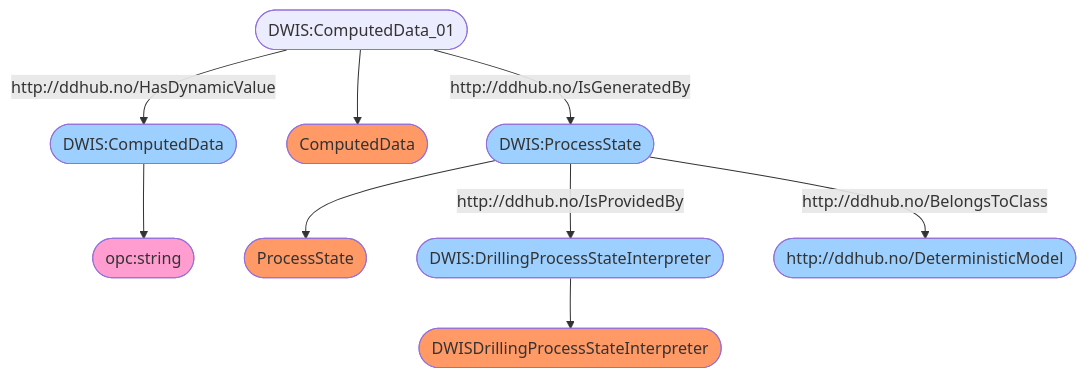
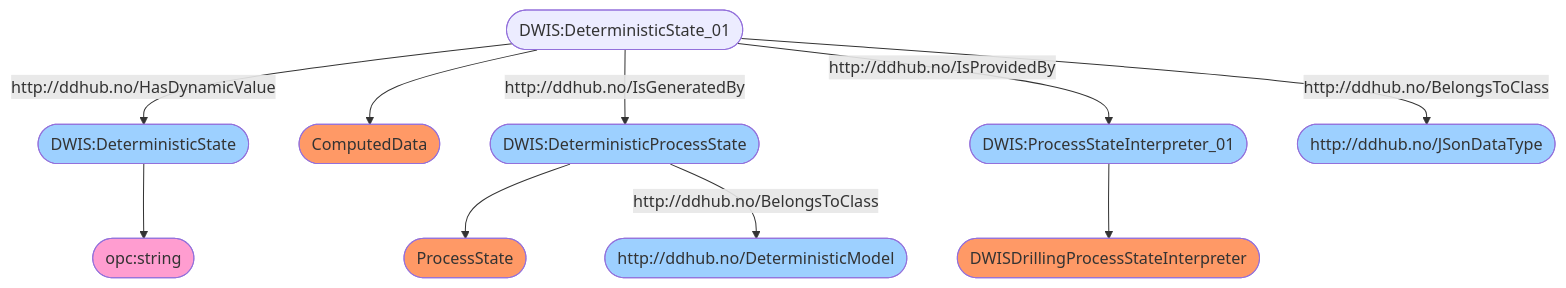
Before and after one commit to D-WIS/MicroStateEngine: the first of 6 diagrams in README.md, drawn with Mermaid. The commit also changed other lines of this file and 4 other files, not shown here.

````diff
--- a/README.md
+++ b/README.md
@@ -26,15 +84,16 @@
 ```mermaid
 flowchart TD
 	 classDef typeClass fill:#f96;
 	 classDef classClass fill:#9dd0ff;
 	 classDef opcClass fill:#ff9dd0;
 	 classDef quantityClass fill:#d0ff9d;
-	DWIS:ComputedData([DWIS:ComputedData]) --> opc:string([opc:string]):::opcClass
-	DWIS:ComputedData_01([DWIS:ComputedData_01]) --> ComputedData([ComputedData]):::typeClass
-	DWIS:ProcessState([DWIS:ProcessState]) --> ProcessState([ProcessState]):::typeClass
-	DWIS:DrillingProcessStateInterpreter([DWIS:DrillingProcessStateInterpreter]) --> DWISDrillingProcessStateInterpreter([DWISDrillingProcessStateInterpreter]):::typeClass
-	DWIS:ProcessState([DWIS:ProcessState]) -- http://ddhub.no/BelongsToClass --> http://ddhub.no/DeterministicModel([http://ddhub.no/DeterministicModel]):::classClass
-	DWIS:ComputedData_01([DWIS:ComputedData_01]) -- http://ddhub.no/HasDynamicValue --> DWIS:ComputedData([DWIS:ComputedData]):::classClass
-	DWIS:ComputedData_01([DWIS:ComputedData_01]) -- http://ddhub.no/IsGeneratedBy --> DWIS:ProcessState([DWIS:ProcessState]):::classClass
-	DWIS:ProcessState([DWIS:ProcessState]) -- http://ddhub.no/IsProvidedBy --> DWIS:DrillingProcessStateInterpreter([DWIS:DrillingProcessStateInterpreter]):::classClass
+	DWIS:DeterministicState([DWIS:DeterministicState]) --> opc:string([opc:string]):::opcClass
+	DWIS:DeterministicState_01([DWIS:DeterministicState_01]) --> ComputedData([ComputedData]):::typeClass
+	DWIS:DeterministicProcessState([DWIS:DeterministicProcessState]) --> ProcessState([ProcessState]):::typeClass
+	DWIS:ProcessStateInterpreter_01([DWIS:ProcessStateInterpreter_01]) --> DWISDrillingProcessStateInterpreter([DWISDrillingProcessStateInterpreter]):::typeClass
+	DWIS:DeterministicState_01([DWIS:DeterministicState_01]) -- http://ddhub.no/BelongsToClass --> http://ddhub.no/JSonDataType([http://ddhub.no/JSonDataType]):::classClass
+	DWIS:DeterministicProcessState([DWIS:DeterministicProcessState]) -- http://ddhub.no/BelongsToClass --> http://ddhub.no/DeterministicModel([http://ddhub.no/DeterministicModel]):::classClass
+	DWIS:DeterministicState_01([DWIS:DeterministicState_01]) -- http://ddhub.no/HasDynamicValue --> DWIS:DeterministicState([DWIS:DeterministicState]):::classClass
+	DWIS:DeterministicState_01([DWIS:DeterministicState_01]) -- http://ddhub.no/IsGeneratedBy --> DWIS:DeterministicProcessState([DWIS:DeterministicProcessState]):::classClass
+	DWIS:DeterministicState_01([DWIS:DeterministicState_01]) -- http://ddhub.no/IsProvidedBy --> DWIS:ProcessStateInterpreter_01([DWIS:ProcessStateInterpreter_01]):::classClass
 ```
````
